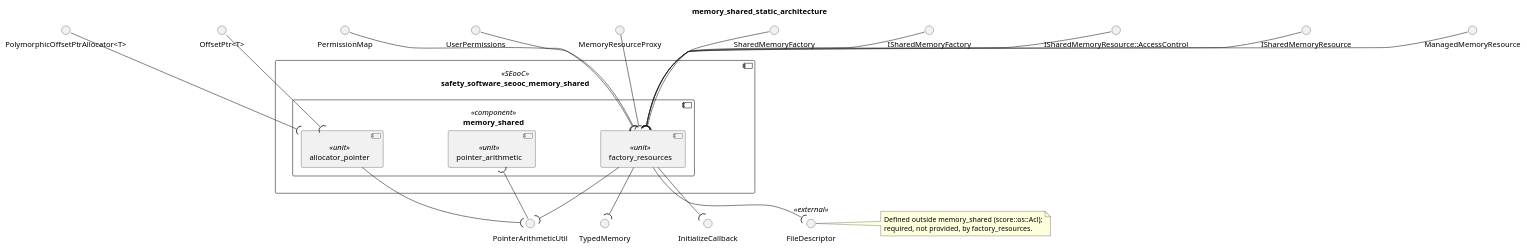
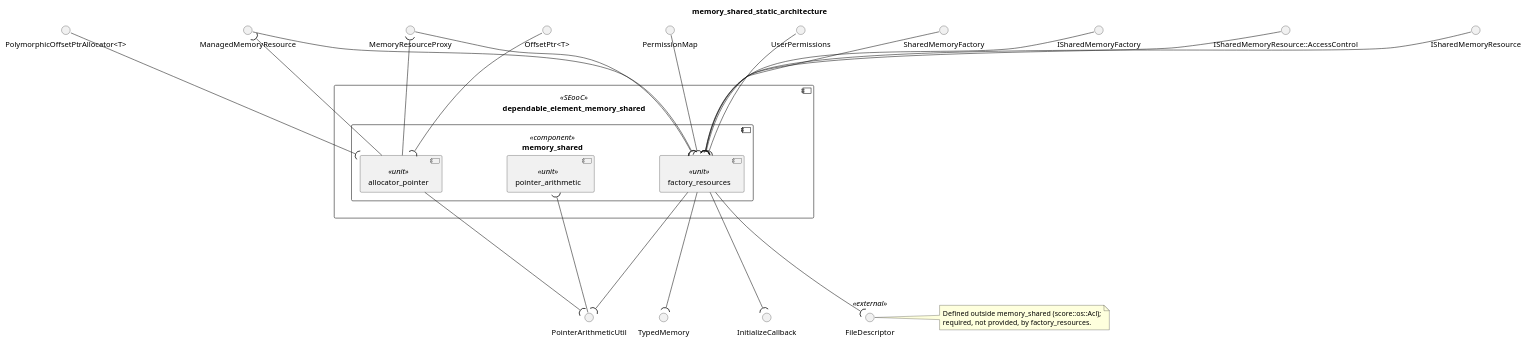
Before and after one commit to eclipse-score/communication: the diagram in score/memory/shared/dependability/architectural_design/static_design/overall.puml, drawn with PlantUML. The commit also changed 4 other files, not shown here.

Commit message:
memory/shared: Align design diagrams with implementation

```diff
--- a/score/memory/shared/dependability/architectural_design/static_design/overall.puml
+++ b/score/memory/shared/dependability/architectural_design/static_design/overall.puml
@@ -13,78 +13,80 @@
-@startuml safety_sentinel_memory_shared_design
+@startuml overall
 title "memory_shared_static_architecture"
 skinparam nodesep 120
-skinparam ranksep 50
+skinparam ranksep 200
 
 ' Public API provided/required by unit "factory_resources" (see
 ' score/memory/shared/dependability/public_api.puml for the full class diagram).
 interface ManagedMemoryResource
 interface ISharedMemoryResource
 interface "ISharedMemoryResource::AccessControl" as AccessControl
 interface ISharedMemoryFactory
 interface SharedMemoryFactory
 interface MemoryResourceProxy
 interface TypedMemory
 interface InitializeCallback
 interface UserPermissions
 interface PermissionMap
 interface FileDescriptor <<external>>
 note right of FileDescriptor : Defined outside memory_shared (score::os::Acl);\nrequired, not provided, by factory_resources.
 
 ' Public API provided by unit "allocator_pointer" (see
 ' score/memory/shared/dependability/public_api.puml for the full class diagram).
 interface "OffsetPtr<T>" as OffsetPtr
 interface "PolymorphicOffsetPtrAllocator<T>" as PolymorphicOffsetPtrAllocator
 
 ' Public API provided by unit "pointer_arithmetic" (see
 ' score/memory/shared/dependability/public_api.puml for the full class diagram). On C++ level
 ' this is a set of free-standing functions (pointer_arithmetic_util.h), aggregated here into a
 ' single interface for the same reason as in public_api.puml.
 interface PointerArithmeticUtil
 
-component safety_software_seooc_memory_shared <<SEooC>>  {
+component dependable_element_memory_shared <<SEooC>>  {
 
    component memory_shared <<component>> {
       component pointer_arithmetic <<unit>>
       pointer_arithmetic )-r- PointerArithmeticUtil
 
       component factory_resources <<unit>>
       factory_resources )-u- ManagedMemoryResource
       factory_resources )-u- ISharedMemoryResource
       factory_resources )-u- AccessControl
       factory_resources )-u- ISharedMemoryFactory
       factory_resources )-u- SharedMemoryFactory
       factory_resources )-u- MemoryResourceProxy
       factory_resources )-u- UserPermissions
       factory_resources )-u- PermissionMap
       factory_resources -d-( TypedMemory
       factory_resources -d-( InitializeCallback
       factory_resources -d-( FileDescriptor
       factory_resources -r-( PointerArithmeticUtil
       PointerArithmeticUtil -[hidden]r- TypedMemory
 
       component allocator_pointer <<unit>>
       allocator_pointer )-u- OffsetPtr
       allocator_pointer )-u- PolymorphicOffsetPtrAllocator
       allocator_pointer -r-( PointerArithmeticUtil
+      allocator_pointer -u-( MemoryResourceProxy
+      allocator_pointer -u-( ManagedMemoryResource
   }
 }
 
 ' SEooC boundary relations (not drawn; the interfaces/classes above cross the boundary, see
 ' score-architecture skill / component_public_api validator: a public API interface must be
 ' both declared top-level here and connected (any relation) from the SEooC itself).
-safety_software_seooc_memory_shared -[hidden]- ManagedMemoryResource
-safety_software_seooc_memory_shared -[hidden]- ISharedMemoryResource
-safety_software_seooc_memory_shared -[hidden]- AccessControl
-safety_software_seooc_memory_shared -[hidden]- ISharedMemoryFactory
-safety_software_seooc_memory_shared -[hidden]- SharedMemoryFactory
-safety_software_seooc_memory_shared -[hidden]- MemoryResourceProxy
-safety_software_seooc_memory_shared -[hidden]- TypedMemory
-safety_software_seooc_memory_shared -[hidden]- InitializeCallback
-safety_software_seooc_memory_shared -[hidden]- UserPermissions
-safety_software_seooc_memory_shared -[hidden]- PermissionMap
-safety_software_seooc_memory_shared -[hidden]- FileDescriptor
-safety_software_seooc_memory_shared -[hidden]- OffsetPtr
-safety_software_seooc_memory_shared -[hidden]- PolymorphicOffsetPtrAllocator
-safety_software_seooc_memory_shared -[hidden]- PointerArithmeticUtil
+dependable_element_memory_shared -[hidden]- ManagedMemoryResource
+dependable_element_memory_shared -[hidden]- ISharedMemoryResource
+dependable_element_memory_shared -[hidden]- AccessControl
+dependable_element_memory_shared -[hidden]- ISharedMemoryFactory
+dependable_element_memory_shared -[hidden]- SharedMemoryFactory
+dependable_element_memory_shared -[hidden]- MemoryResourceProxy
+dependable_element_memory_shared -[hidden]- TypedMemory
+dependable_element_memory_shared -[hidden]- InitializeCallback
+dependable_element_memory_shared -[hidden]- UserPermissions
+dependable_element_memory_shared -[hidden]- PermissionMap
+dependable_element_memory_shared -[hidden]- FileDescriptor
+dependable_element_memory_shared -[hidden]- OffsetPtr
+dependable_element_memory_shared -[hidden]- PolymorphicOffsetPtrAllocator
+dependable_element_memory_shared -[hidden]- PointerArithmeticUtil
 
 @enduml
```
